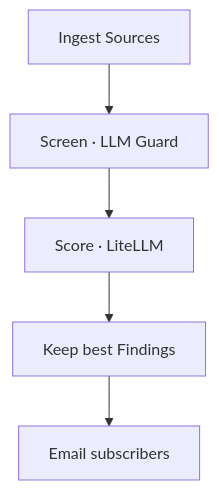
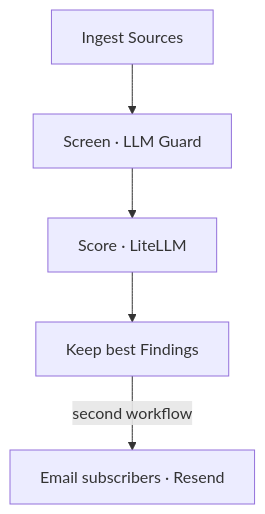
One commit to doubleoevan/carlnotes changed the second of 4 diagrams in README.md. Above: the diagram before and after it, drawn with Mermaid. The commit also changed other lines of this file and 47 other files, not shown here.

First line of the commit message:
fix(email): retry scan email in its own workflow under a Resend limit

````diff
--- a/README.md
+++ b/README.md
@@ -62,4 +62,4 @@
 ```mermaid
 flowchart
-    Ingest[Ingest Sources] --> Screen[Screen · LLM Guard] --> Score[Score · LiteLLM] --> Review[Keep best Findings] --> Email[Email subscribers]
+    Ingest[Ingest Sources] --> Screen[Screen · LLM Guard] --> Score[Score · LiteLLM] --> Review[Keep best Findings] -->|second workflow| Email[Email subscribers · Resend]
 ```
````
